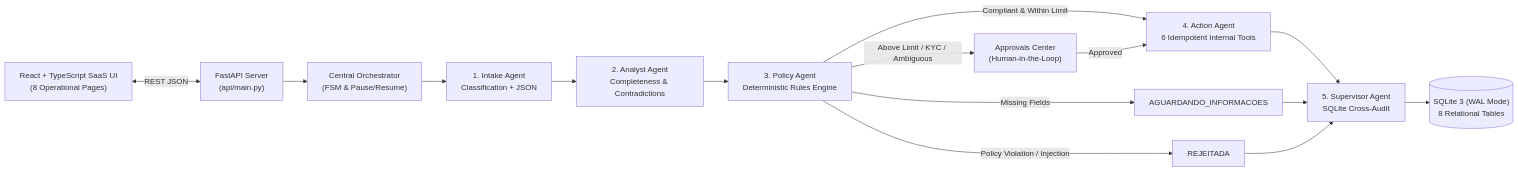
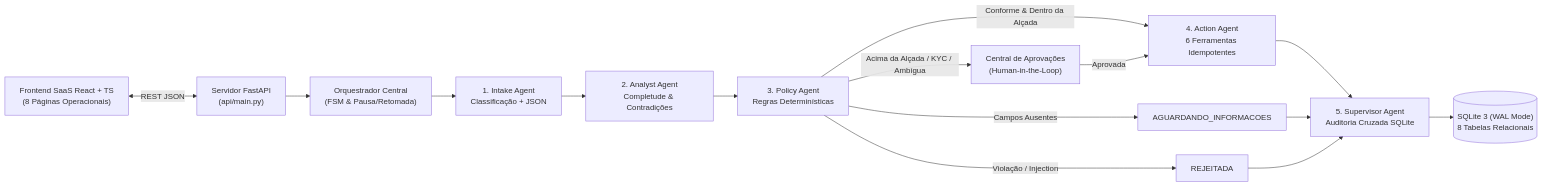
Before and after one commit to jessikamelo27-bit/flowpilot-ai: the first of 2 diagrams in README.md, drawn with Mermaid. The commit also changed other lines of this file and 4 other files, not shown here.

````diff
--- a/README.md
+++ b/README.md
@@ -54,19 +59,19 @@
 ```mermaid
 flowchart LR
-    UI["React + TypeScript SaaS UI\n(8 Operational Pages)"] <-->|REST JSON| API["FastAPI Server\n(api/main.py)"]
-    API --> Orch["Central Orchestrator\n(FSM & Pause/Resume)"]
-    Orch --> A1["1. Intake Agent\nClassification + JSON"]
-    A1 --> A2["2. Analyst Agent\nCompleteness & Contradictions"]
-    A2 --> A3["3. Policy Agent\nDeterministic Rules Engine"]
+    UI["Frontend SaaS React + TS\n(8 Páginas Operacionais)"] <-->|REST JSON| API["Servidor FastAPI\n(api/main.py)"]
+    API --> Orch["Orquestrador Central\n(FSM & Pausa/Retomada)"]
+    Orch --> A1["1. Intake Agent\nClassificação + JSON"]
+    A1 --> A2["2. Analyst Agent\nCompletude & Contradições"]
+    A2 --> A3["3. Policy Agent\nRegras Determinísticas"]
     
-    A3 -->|Compliant & Within Limit| A4["4. Action Agent\n6 Idempotent Internal Tools"]
-    A3 -->|Above Limit / KYC / Ambiguous| HITL["Approvals Center\n(Human-in-the-Loop)"]
-    HITL -->|Approved| A4
-    A3 -->|Missing Fields| Info["AGUARDANDO_INFORMACOES"]
-    A3 -->|Policy Violation / Injection| Rej["REJEITADA"]
+    A3 -->|Conforme & Dentro da Alçada| A4["4. Action Agent\n6 Ferramentas Idempotentes"]
+    A3 -->|Acima da Alçada / KYC / Ambígua| HITL["Central de Aprovações\n(Human-in-the-Loop)"]
+    HITL -->|Aprovada| A4
+    A3 -->|Campos Ausentes| Info["AGUARDANDO_INFORMACOES"]
+    A3 -->|Violação / Injection| Rej["REJEITADA"]
     
-    A4 --> A5["5. Supervisor Agent\nSQLite Cross-Audit"]
+    A4 --> A5["5. Supervisor Agent\nAuditoria Cruzada SQLite"]
     Info --> A5
     Rej --> A5
-    A5 --> DB[("SQLite 3 (WAL Mode)\n8 Relational Tables")]
+    A5 --> DB[("SQLite 3 (WAL Mode)\n8 Tabelas Relacionais")]
 ```
````
